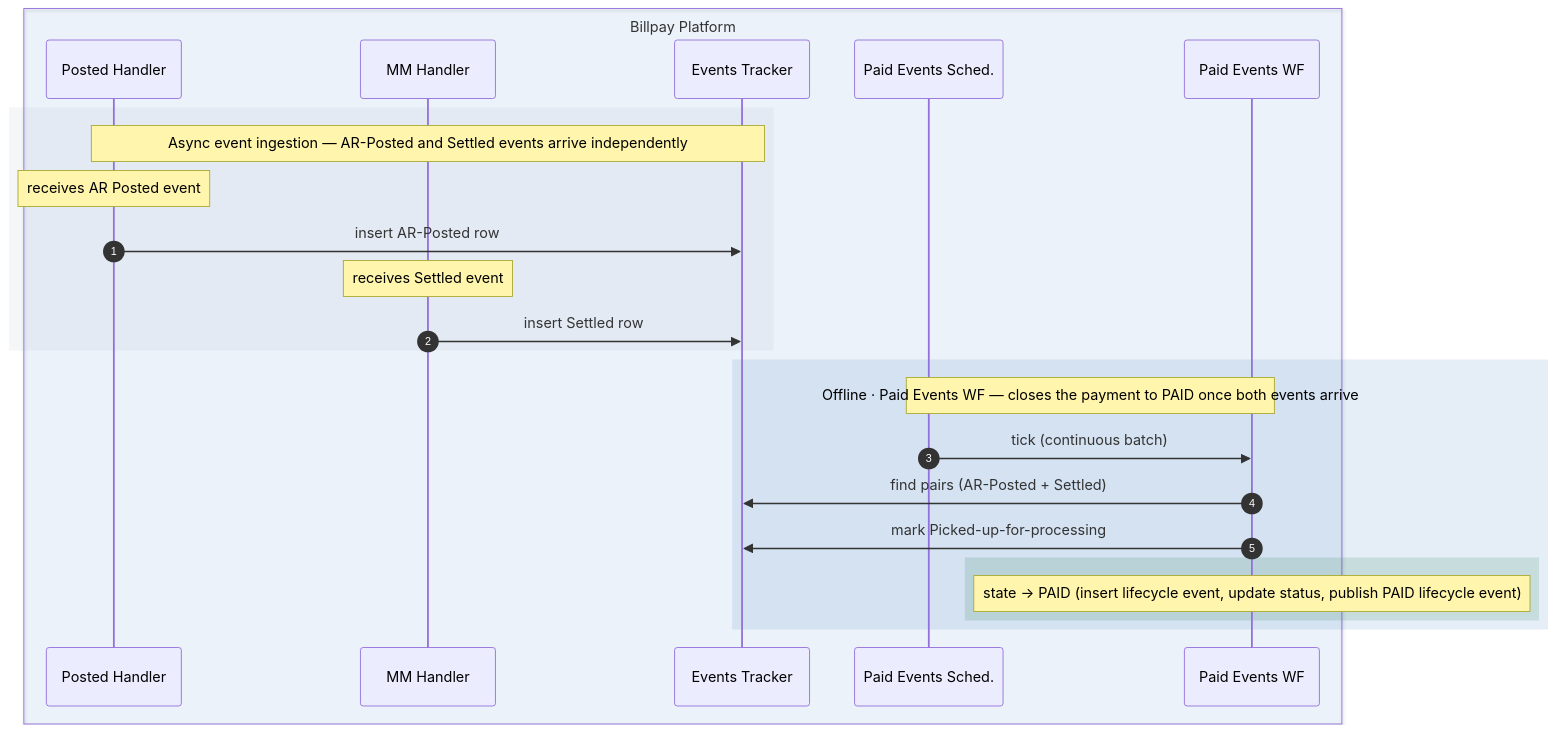
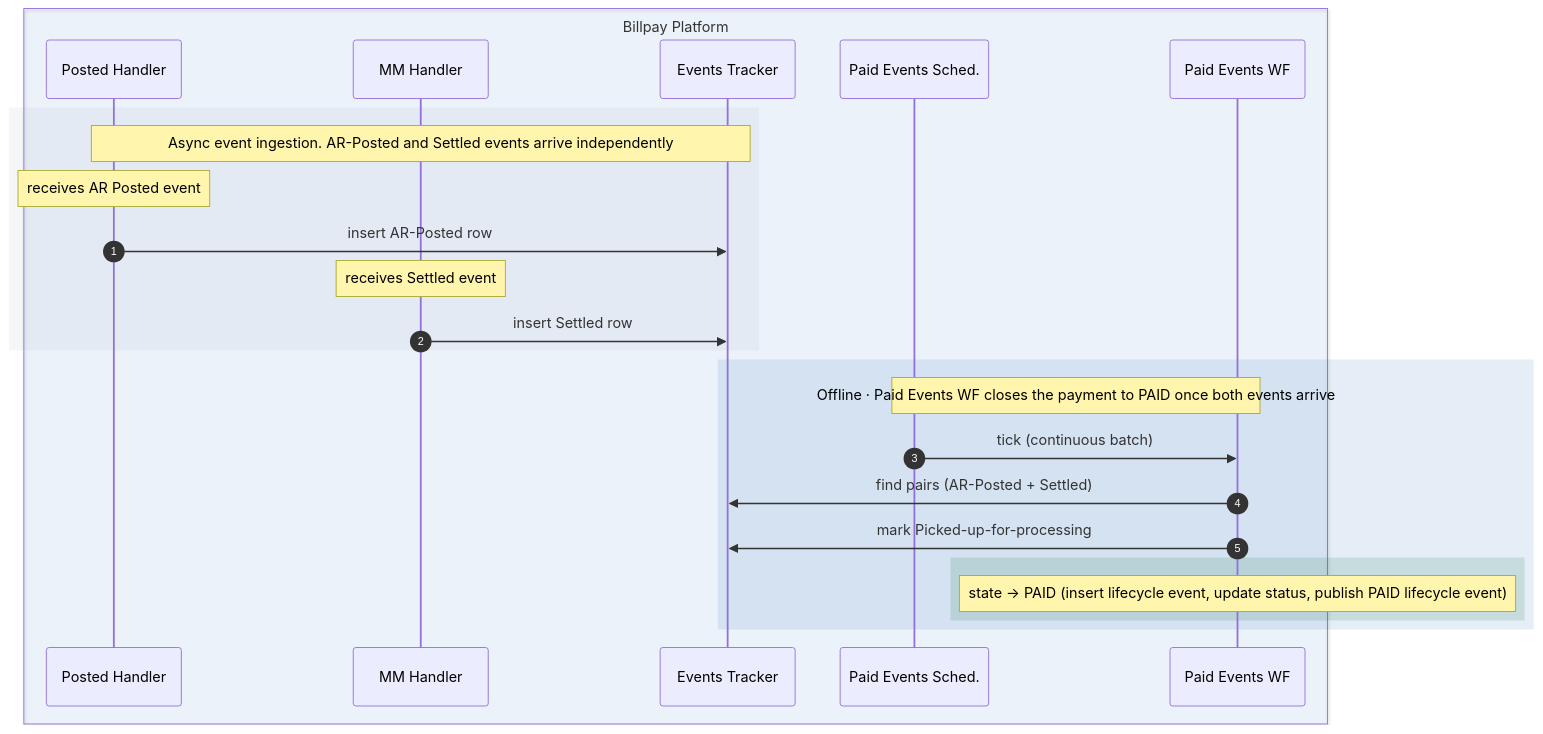
Before and after one commit to arunav-bhattacharya/billpay-book: the tenth of 12 diagrams in website/docs/design/diagrams/sequence-diagram.md, drawn with Mermaid. The commit also changed other lines of this file and 95 other files, not shown here.

````diff
--- a/website/docs/design/diagrams/sequence-diagram.md
+++ b/website/docs/design/diagrams/sequence-diagram.md
@@ -662,30 +662,30 @@
 ```mermaid
 sequenceDiagram
   autonumber
 
   box rgba(1,111,208,0.06) Billpay Platform
     participant PPH as Posted Handler
     participant MMH as MM Handler
     participant TRK as Events Tracker
     participant SCH as Paid Events Sched.
     participant PEP as Paid Events WF
   end
 
   rect rgba(148,163,184,0.10)
-    Note over PPH,TRK: Async event ingestion — AR-Posted and Settled events arrive independently
+    Note over PPH,TRK: Async event ingestion. AR-Posted and Settled events arrive independently
     Note over PPH: receives AR Posted event
     PPH->>TRK: insert AR-Posted row
     Note over MMH: receives Settled event
     MMH->>TRK: insert Settled row
   end
 
   rect rgba(1,91,179,0.10)
-    Note over SCH,PEP: Offline · Paid Events WF — closes the payment to PAID once both events arrive
+    Note over SCH,PEP: Offline · Paid Events WF closes the payment to PAID once both events arrive
     SCH->>PEP: tick (continuous batch)
     PEP->>TRK: find pairs (AR-Posted + Settled)
     PEP->>TRK: mark Picked-up-for-processing
     rect rgba(47,125,84,0.16)
       Note over PEP: state → PAID (insert lifecycle event, update status, publish PAID lifecycle event)
     end
   end
 ```
````
